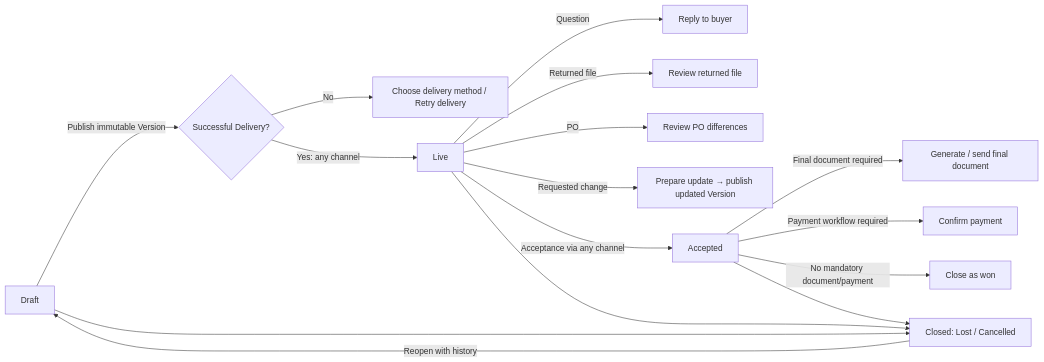
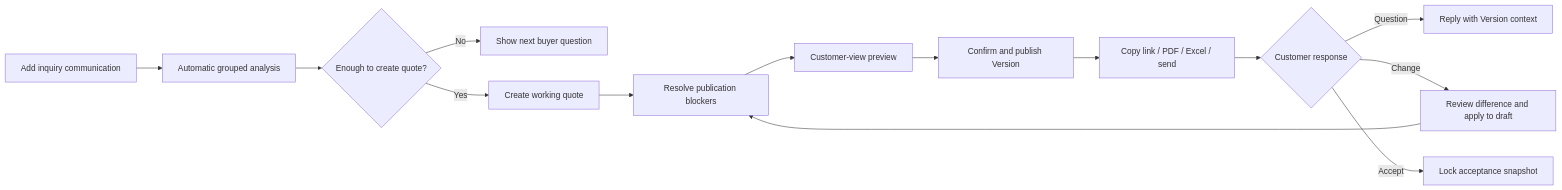
Before and after one commit to razuberiii/quote_app: the diagram in docs/architecture/deal-stage-next-action.md, drawn with Mermaid. The commit also changed other lines of this file and 21 other files, not shown here.

Commit message:
Streamline quote workflow and repair auth layout

````diff
--- a/docs/architecture/deal-stage-next-action.md
+++ b/docs/architecture/deal-stage-next-action.md
@@ -3,18 +3,16 @@
 ```mermaid
 flowchart LR
-  D[Draft] -->|Publish immutable Version| C{Successful Delivery?}
-  C -->|No| CD[Choose delivery method / Retry delivery]
-  C -->|Yes: any channel| L[Live]
-  L -->|Question| R[Reply to buyer]
-  L -->|Returned file| RF[Review returned file]
-  L -->|PO| PO[Review PO differences]
-  L -->|Requested change| U[Prepare update → publish updated Version]
-  L -->|Acceptance via any channel| A[Accepted]
-  A -->|Final document required| FD[Generate / send final document]
-  A -->|Payment workflow required| P[Confirm payment]
-  A -->|No mandatory document/payment| W[Close as won]
-  D --> X[Closed: Lost / Cancelled]
-  L --> X
-  A --> X
-  X -->|Reopen with history| D
+  I[Add inquiry communication] --> A[Automatic grouped analysis]
+  A --> C{Enough to create quote?}
+  C -->|No| Q[Show next buyer question]
+  C -->|Yes| D[Create working quote]
+  D --> B[Resolve publication blockers]
+  B --> P[Customer-view preview]
+  P --> V[Confirm and publish Version]
+  V --> O[Copy link / PDF / Excel / send]
+  O --> F{Customer response}
+  F -->|Question| R[Reply with Version context]
+  F -->|Change| U[Review difference and apply to draft]
+  U --> B
+  F -->|Accept| X[Lock acceptance snapshot]
 ```
````
